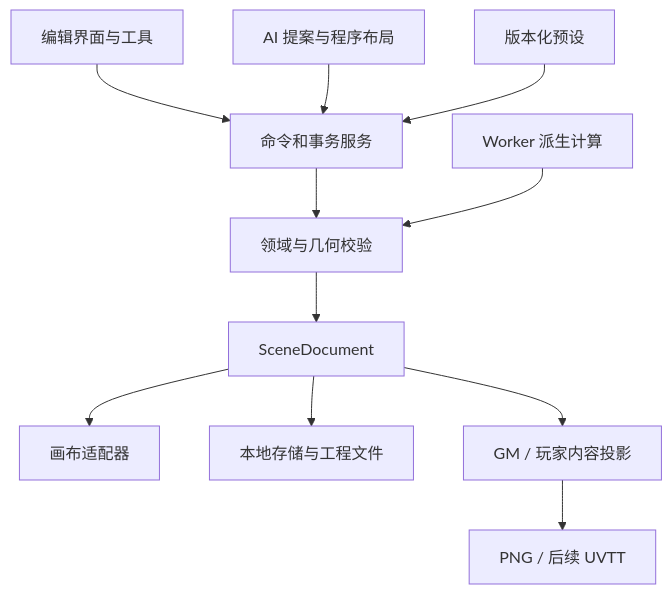
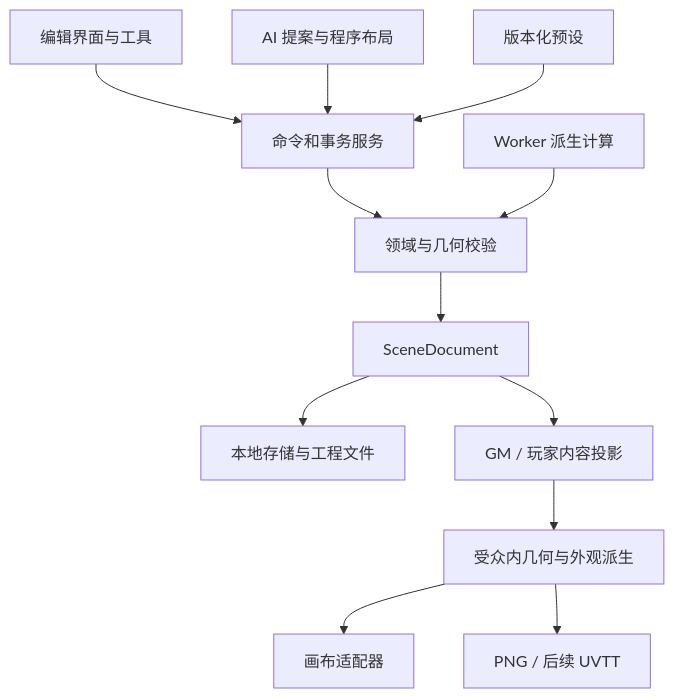
The diagram in docs/03-architecture.md (WoJiSama/sceneweave), drawn with Mermaid before and after one commit. The commit also changed other lines of this file and 15 other files, not shown here.

Commit message:
docs: define indoor and outdoor visual roadmap

````diff
--- a/docs/03-architecture.md
+++ b/docs/03-architecture.md
@@ -25,13 +38,14 @@
 ```mermaid
 flowchart TD
     UI[编辑界面与工具] --> CMD[命令和事务服务]
     AI[AI 提案与程序布局] --> CMD
     CMD --> VALIDATE[领域与几何校验]
     VALIDATE --> DOC[SceneDocument]
-    DOC --> VIEW[画布适配器]
     DOC --> SAVE[本地存储与工程文件]
     DOC --> PROJECT[GM / 玩家内容投影]
-    PROJECT --> EXPORT[PNG / 后续 UVTT]
+    PROJECT --> DERIVE[受众内几何与外观派生]
+    DERIVE --> VIEW[画布适配器]
+    DERIVE --> EXPORT[PNG / 后续 UVTT]
     PRESET[版本化预设] --> CMD
     WORKER[Worker 派生计算] --> VALIDATE
 ```
````
